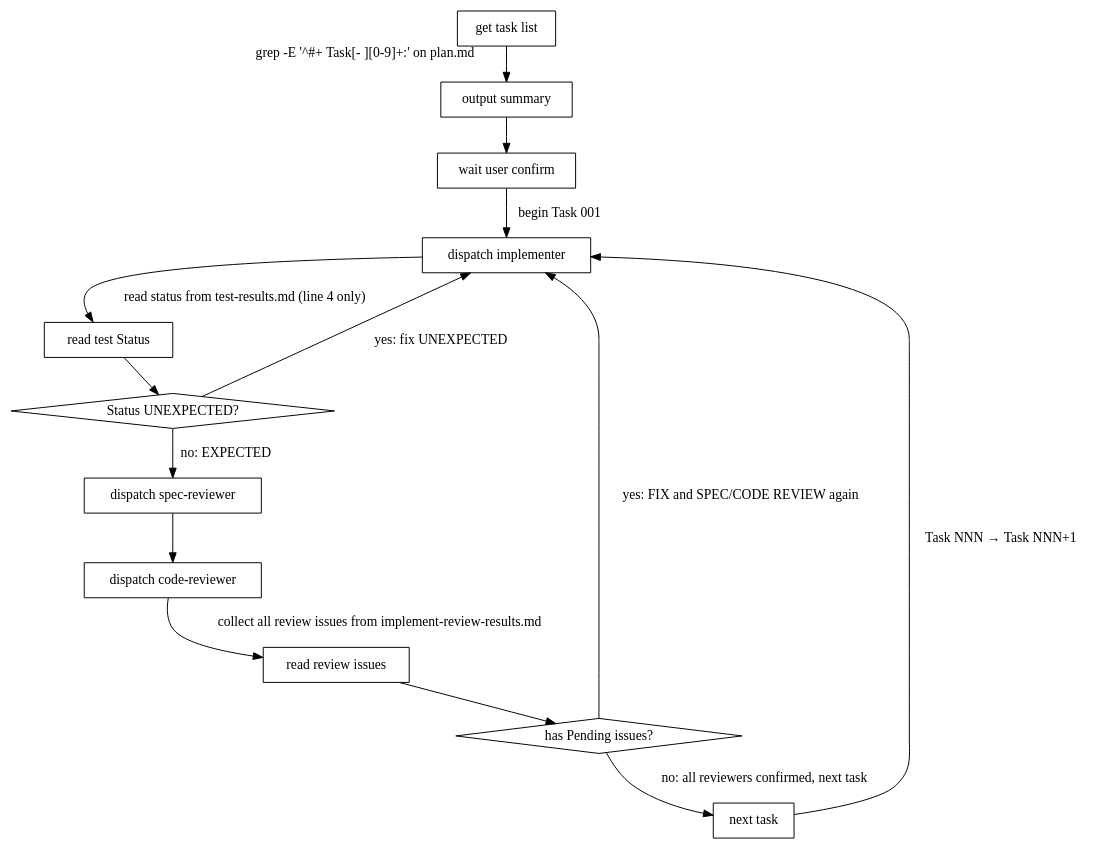
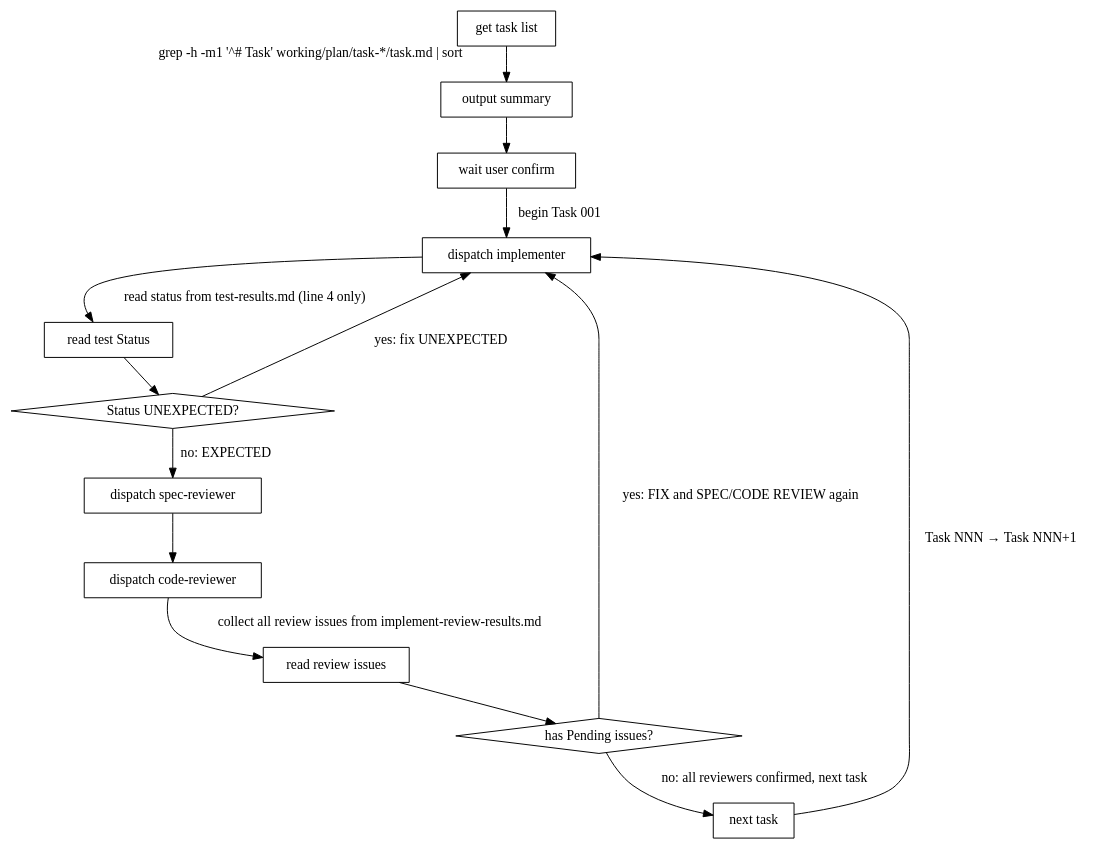
One commit to abadcafe/superteam changed the diagram in skills/executing/SKILL.md. Above: the diagram before and after it, drawn with Graphviz. The commit also changed other lines of this file and 8 other files, not shown here.

Commit message:
splited plan.md to multiple task.md, which is token effective.

````diff
--- a/skills/executing/SKILL.md
+++ b/skills/executing/SKILL.md
@@ -97,29 +100,29 @@
 ```dot
 digraph executing_flow {
   "get task list" [shape=box]
   "output summary" [shape=box]
   "wait user confirm" [shape=box]
   "dispatch implementer" [shape=box]
   "read test Status" [shape=box]
   "Status UNEXPECTED?" [shape=diamond]
   "dispatch spec-reviewer" [shape=box]
   "dispatch code-reviewer" [shape=box]
   "read review issues" [shape=box]
   "has Pending issues?" [shape=diamond]
   "next task" [shape=box]
 
-  "get task list" -> "output summary" [taillabel="grep -E '^#+ Task[- ][0-9]+:' on plan.md"]
+  "get task list" -> "output summary" [taillabel="grep -h -m1 '^# Task' working/plan/task-*/task.md | sort"]
   "output summary" -> "wait user confirm"
   "wait user confirm" -> "dispatch implementer" [label="begin Task 001"]
   "dispatch implementer" -> "read test Status" [label="read status from test-results.md (line 4 only)"]
   "read test Status" -> "Status UNEXPECTED?"
   "Status UNEXPECTED?" -> "dispatch implementer" [label="yes: fix UNEXPECTED"]
   "Status UNEXPECTED?" -> "dispatch spec-reviewer" [label="no: EXPECTED"]
   "dispatch spec-reviewer" -> "dispatch code-reviewer"
   "dispatch code-reviewer" -> "read review issues" [label="collect all review issues from implement-review-results.md"]
   "read review issues" -> "has Pending issues?"
   "has Pending issues?" -> "dispatch implementer" [label="yes: FIX and SPEC/CODE REVIEW again"]
   "has Pending issues?" -> "next task" [label="no: all reviewers confirmed, next task"]
   "next task" -> "dispatch implementer" [label="Task NNN → Task NNN+1"]
 }
 ```
````
